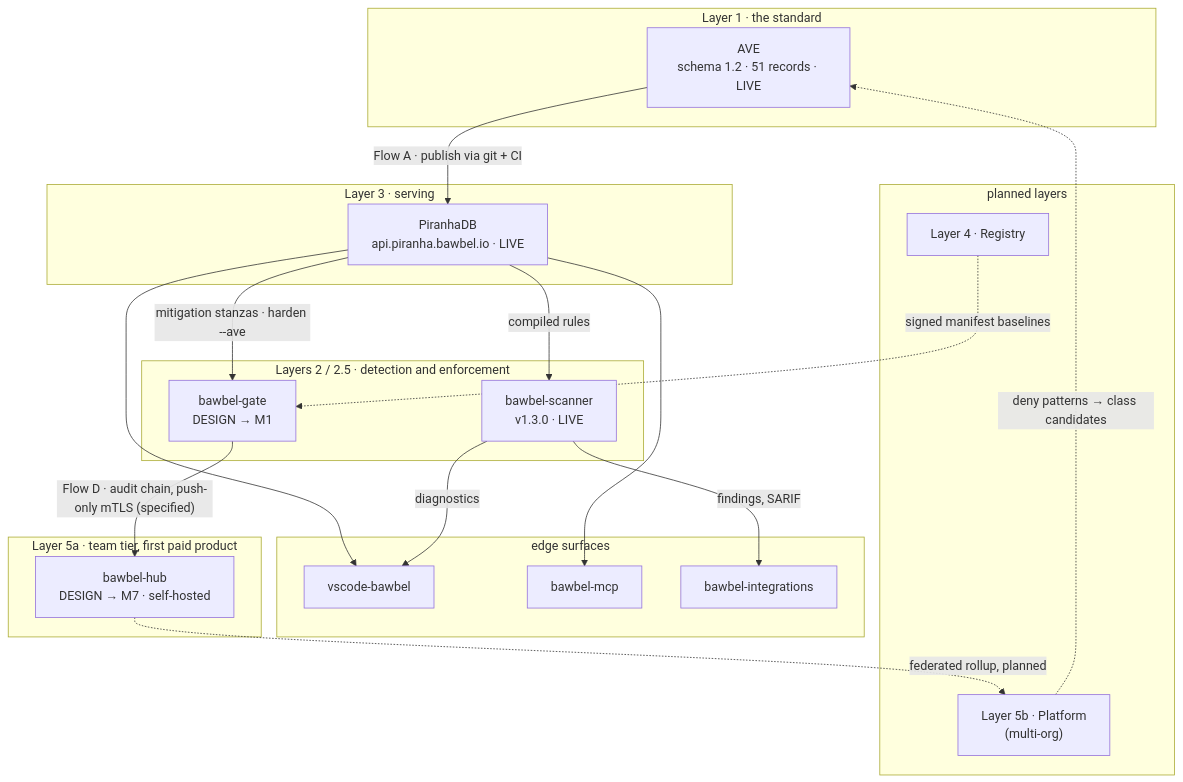
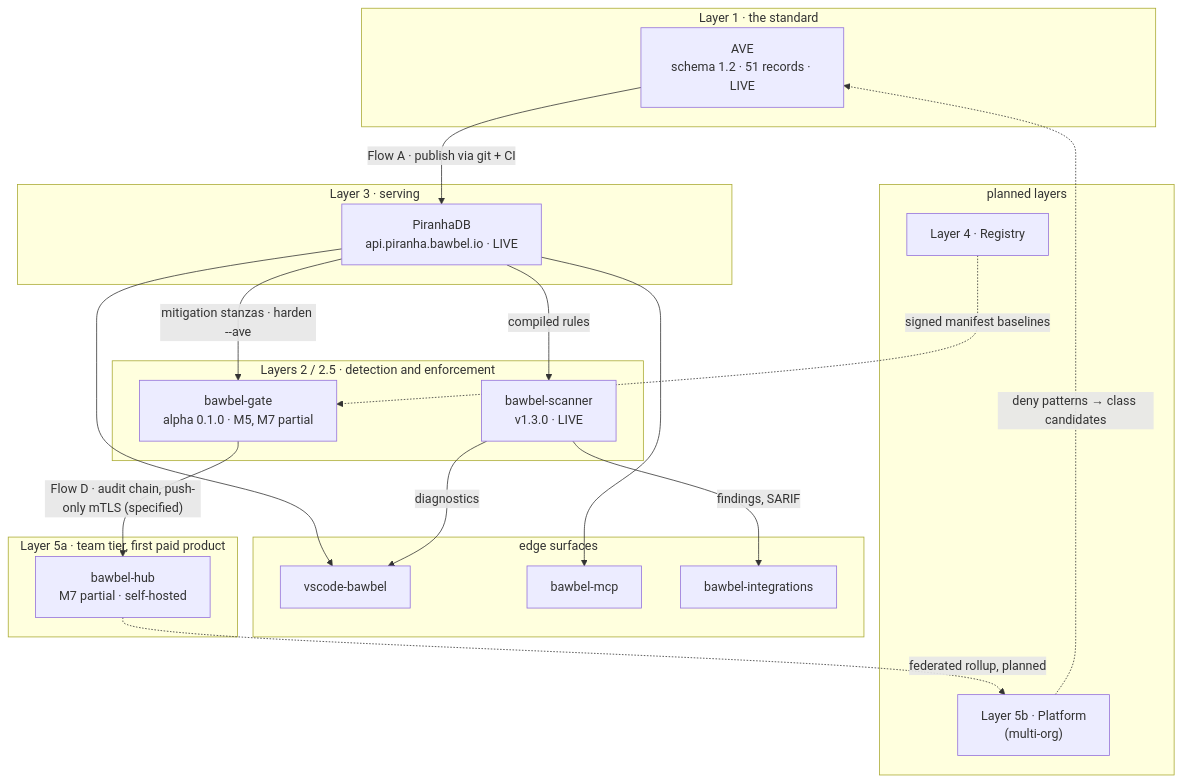
Before and after one commit to bawbel/gate: the first of 4 diagrams in ARCHITECTURE.md, drawn with Mermaid. The commit also changed other lines of this file and 5 other files, not shown here.

````diff
--- a/ARCHITECTURE.md
+++ b/ARCHITECTURE.md
@@ -60,37 +60,37 @@
 ```mermaid
 flowchart TB
     subgraph L1["Layer 1 · the standard"]
         AVE["AVE<br/>schema 1.2 · 51 records · LIVE"]
     end
     subgraph L3["Layer 3 · serving"]
         PDB["PiranhaDB<br/>api.piranha.bawbel.io · LIVE"]
     end
     subgraph L2["Layers 2 / 2.5 · detection and enforcement"]
         SCN["bawbel-scanner<br/>v1.3.0 · LIVE"]
-        GATE["bawbel-gate<br/>DESIGN → M1"]
+        GATE["bawbel-gate<br/>alpha 0.1.0 · M5, M7 partial"]
     end
     subgraph EDGE["edge surfaces"]
         IDE["vscode-bawbel"]
         BMCP["bawbel-mcp"]
         CI["bawbel-integrations"]
     end
     subgraph L5A["Layer 5a · team tier, first paid product"]
-        HUB["bawbel-hub<br/>DESIGN → M7 · self-hosted"]
+        HUB["bawbel-hub<br/>M7 partial · self-hosted"]
     end
     subgraph PLAN["planned layers"]
         REG["Layer 4 · Registry"]
         PLAT["Layer 5b · Platform<br/>(multi-org)"]
     end
 
     AVE -->|"Flow A · publish via git + CI"| PDB
     PDB -->|"compiled rules"| SCN
     PDB -->|"mitigation stanzas · harden --ave"| GATE
     PDB --> IDE
     PDB --> BMCP
     SCN -->|"findings, SARIF"| CI
     SCN -->|"diagnostics"| IDE
     GATE -->|"Flow D · audit chain, push-only mTLS (specified)"| HUB
     HUB -.->|"federated rollup, planned"| PLAT
     REG -.->|"signed manifest baselines"| GATE
     PLAT -.->|"deny patterns → class candidates"| AVE
 ```
````
